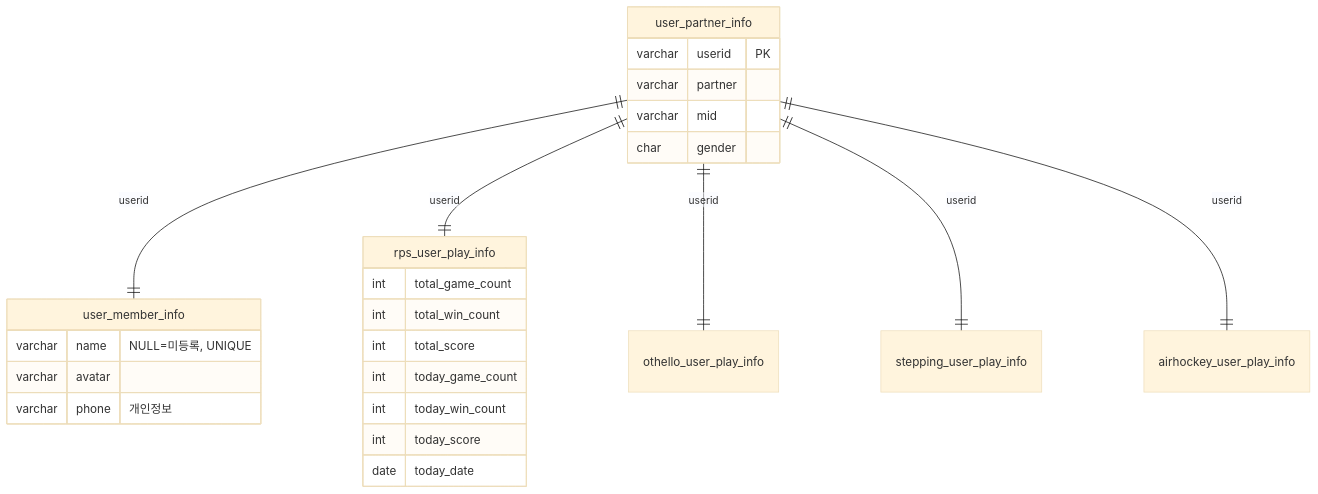
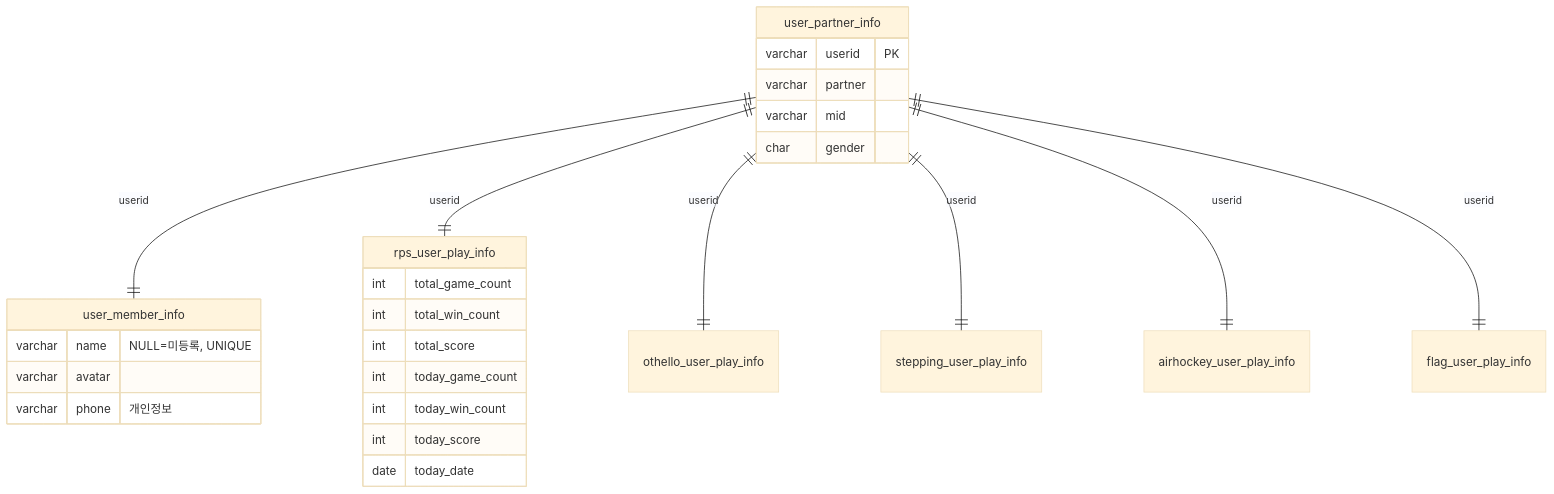
Before and after one commit to chadolcap/multi_game_vibe_coding_server_ruflo: diagram 11 of 11 in CLAUDE.md, drawn with Mermaid (base theme). The commit also changed other lines of this file and 33 other files, not shown here.

````diff
--- a/CLAUDE.md
+++ b/CLAUDE.md
@@ -540,28 +588,29 @@
 ```mermaid
 erDiagram
     user_partner_info ||--|| user_member_info : userid
     user_partner_info ||--|| rps_user_play_info : userid
     user_partner_info ||--|| othello_user_play_info : userid
     user_partner_info ||--|| stepping_user_play_info : userid
     user_partner_info ||--|| airhockey_user_play_info : userid
+    user_partner_info ||--|| flag_user_play_info : userid
     user_partner_info {
         varchar userid PK
         varchar partner
         varchar mid
         char gender
     }
     user_member_info {
         varchar name "NULL=미등록, UNIQUE"
         varchar avatar
         varchar phone "개인정보"
     }
     rps_user_play_info {
         int total_game_count
         int total_win_count
         int total_score
         int today_game_count
         int today_win_count
         int today_score
         date today_date
     }
 ```
````
